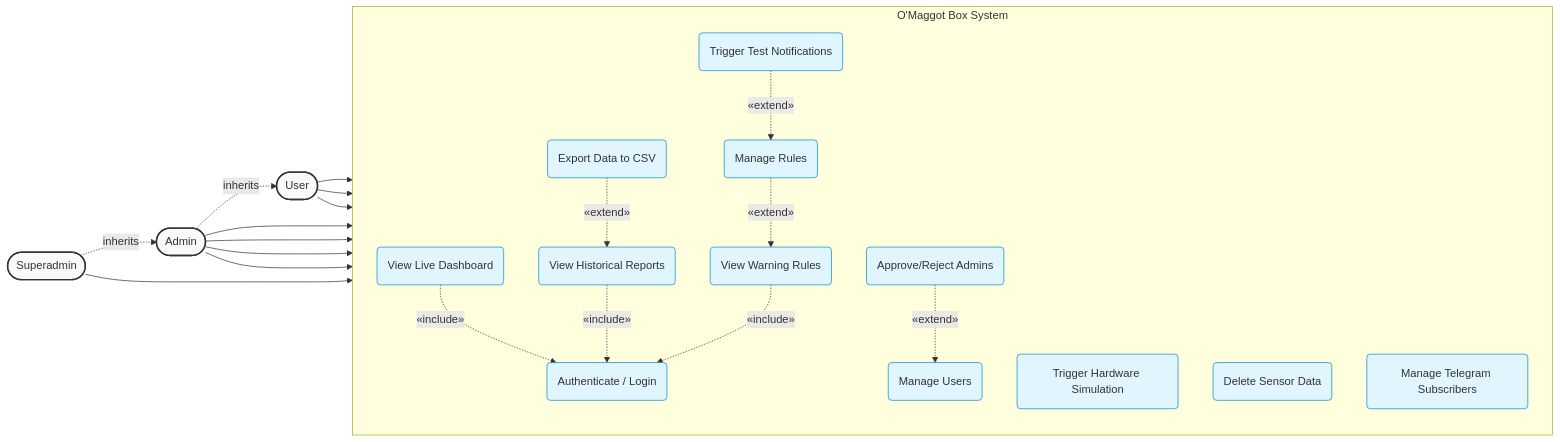
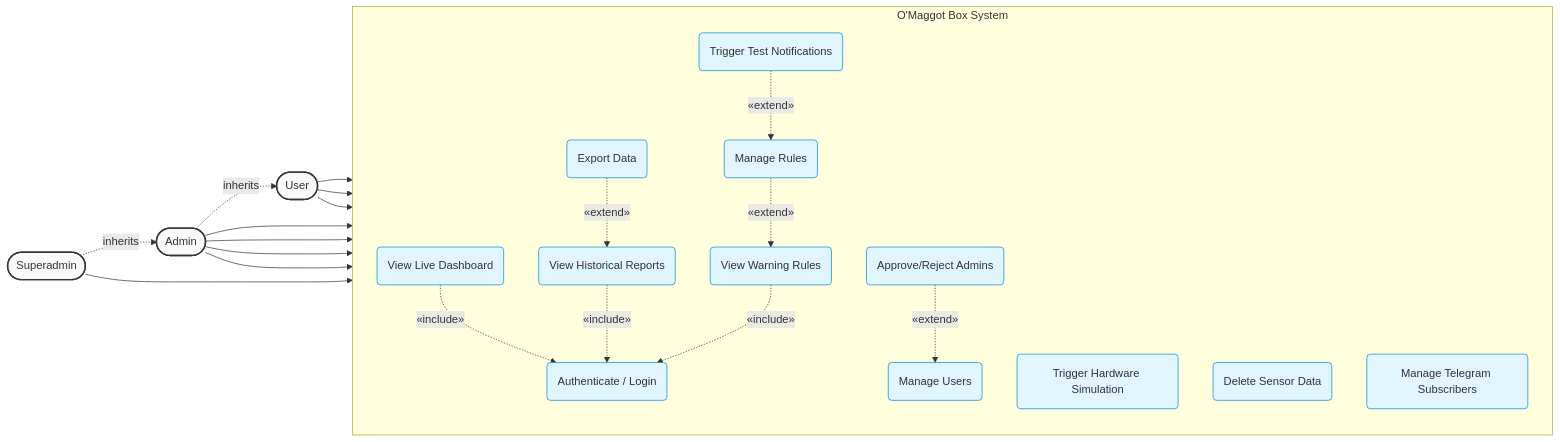
The fourth of 5 diagrams in README.md (boyishwara/omaggot), drawn with Mermaid before and after one commit. The commit also changed other lines of this file, not shown here.

````diff
--- a/README.md
+++ b/README.md
@@ -210,62 +219,62 @@
 ```mermaid
 flowchart LR
     %% Actors
     User([User])
     Admin([Admin])
     Superadmin([Superadmin])
 
     %% Inheritance (Generalization)
     Superadmin -.->|inherits| Admin
     Admin -.->|inherits| User
 
     %% System Boundary
     subgraph O_Maggot_System [O'Maggot Box System]
         direction TB
         
         %% Use Cases
         UC_Auth(Authenticate / Login)
         
         UC_Dash(View Live Dashboard)
         UC_Rep(View Historical Reports)
-        UC_Exp(Export Data to CSV)
+        UC_Exp(Export Data)
         
         UC_ViewRule(View Warning Rules)
         UC_MgmtRule(Manage Rules)
         UC_TestNotif(Trigger Test Notifications)
         
         UC_Simulate(Trigger Hardware Simulation)
         UC_DelData(Delete Sensor Data)
         UC_Subscribers(Manage Telegram Subscribers)
         
         UC_UserMgmt(Manage Users)
         UC_Approve(Approve/Reject Admins)
 
         %% Include relationships (Mandatory)
         UC_Dash -.->|"«include»"| UC_Auth
         UC_Rep -.->|"«include»"| UC_Auth
         UC_ViewRule -.->|"«include»"| UC_Auth
         
         %% Extend relationships (Optional behavior)
         UC_Exp -.->|"«extend»"| UC_Rep
         UC_MgmtRule -.->|"«extend»"| UC_ViewRule
         UC_TestNotif -.->|"«extend»"| UC_MgmtRule
         UC_Approve -.->|"«extend»"| UC_UserMgmt
     end
 
     %% Actor to Use Case Relationships
     User --> UC_Dash
     User --> UC_Rep
     User --> UC_ViewRule
 
     Admin --> UC_MgmtRule
     Admin --> UC_Simulate
     Admin --> UC_DelData
     Admin --> UC_Subscribers
 
     Superadmin --> UC_UserMgmt
 
     classDef actor fill:#f9f9f9,stroke:#333,stroke-width:2px;
     classDef usecase fill:#e1f5fe,stroke:#0288d1,stroke-width:1px;
     class User,Admin,Superadmin actor;
     class UC_Auth,UC_Dash,UC_Rep,UC_Exp,UC_ViewRule,UC_MgmtRule,UC_TestNotif,UC_Simulate,UC_DelData,UC_Subscribers,UC_UserMgmt,UC_Approve usecase;
 ```
````
